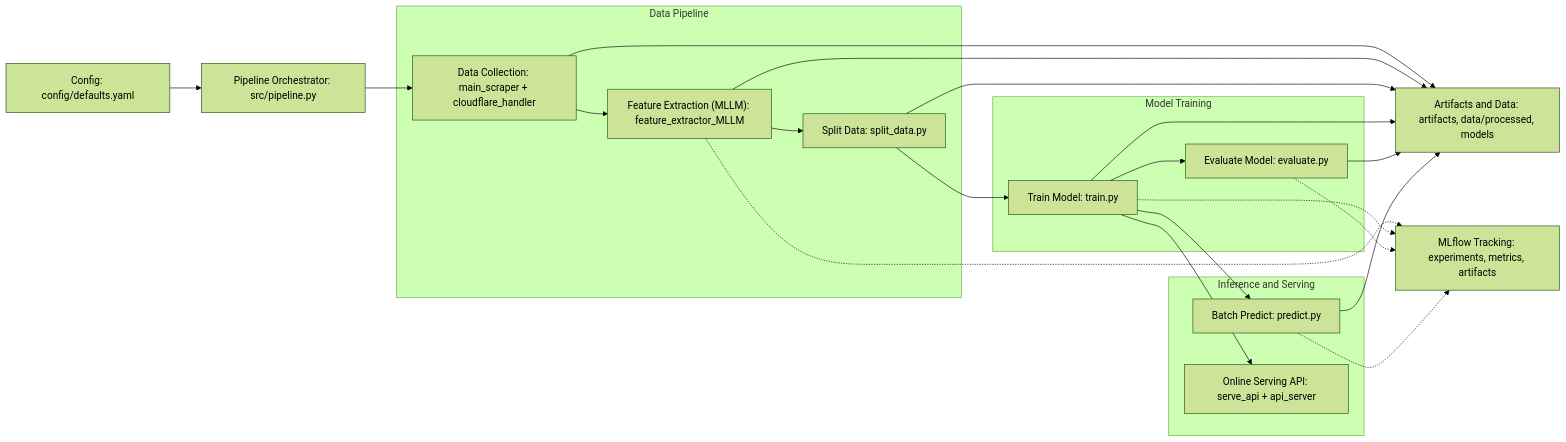
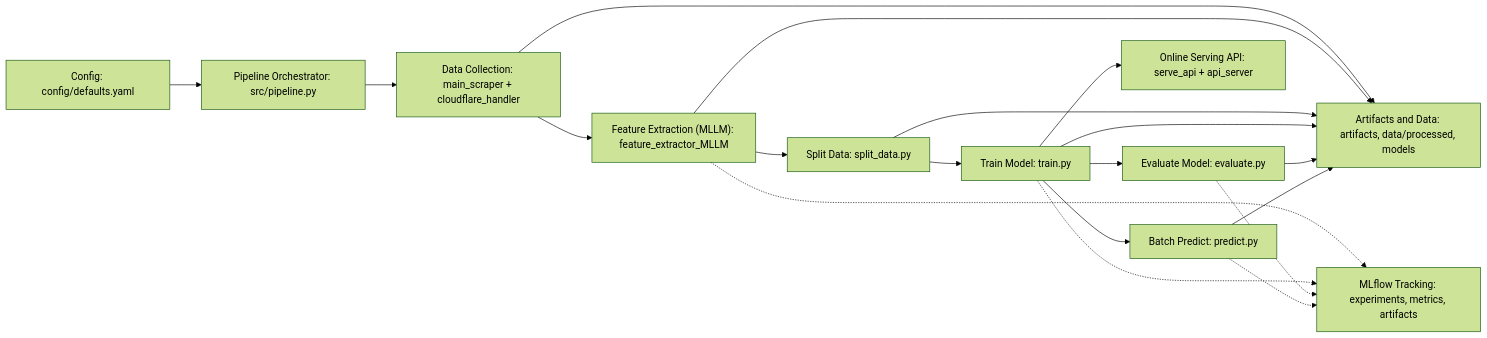
The diagram in README.md (ThePopped/mllm-product-pricing-benchmark), drawn with Mermaid (forest theme) before and after one commit.

Commit message:
try removing subgraphs to fix mermaid diagram in readme

````diff
--- a/README.md
+++ b/README.md
@@ -25,46 +25,36 @@
 ```mermaid
 flowchart LR
   C["Config: config/defaults.yaml"]
   O["Pipeline Orchestrator: src/pipeline.py"]
-
-  subgraph DP["Data Pipeline"]
-    D["Data Collection: main_scraper + cloudflare_handler"]
-    F["Feature Extraction (MLLM): feature_extractor_MLLM"]
-    S["Split Data: split_data.py"]
-  end
-
-  subgraph MT["Model Training"]
-    T["Train Model: train.py"]
-    E["Evaluate Model: evaluate.py"]
-  end
-
-  subgraph INF["Inference and Serving"]
-    B["Batch Predict: predict.py"]
-    A["Online Serving API: serve_api + api_server"]
-  end
-
+  D["Data Collection: main_scraper + cloudflare_handler"]
+  F["Feature Extraction (MLLM): feature_extractor_MLLM"]
+  S["Split Data: split_data.py"]
+  T["Train Model: train.py"]
+  E["Evaluate Model: evaluate.py"]
+  B["Batch Predict: predict.py"]
+  A["Online Serving API: serve_api + api_server"]
   AR["Artifacts and Data: artifacts, data/processed, models"]
   M["MLflow Tracking: experiments, metrics, artifacts"]
 
   C --> O
   O --> D
   D --> F
   F --> S
   S --> T
   T --> E
 
   T --> B
   T --> A
 
   D --> AR
   F --> AR
   S --> AR
   T --> AR
   E --> AR
   B --> AR
 
   F -.-> M
   T -.-> M
   E -.-> M
   B -.-> M
 ```
````
